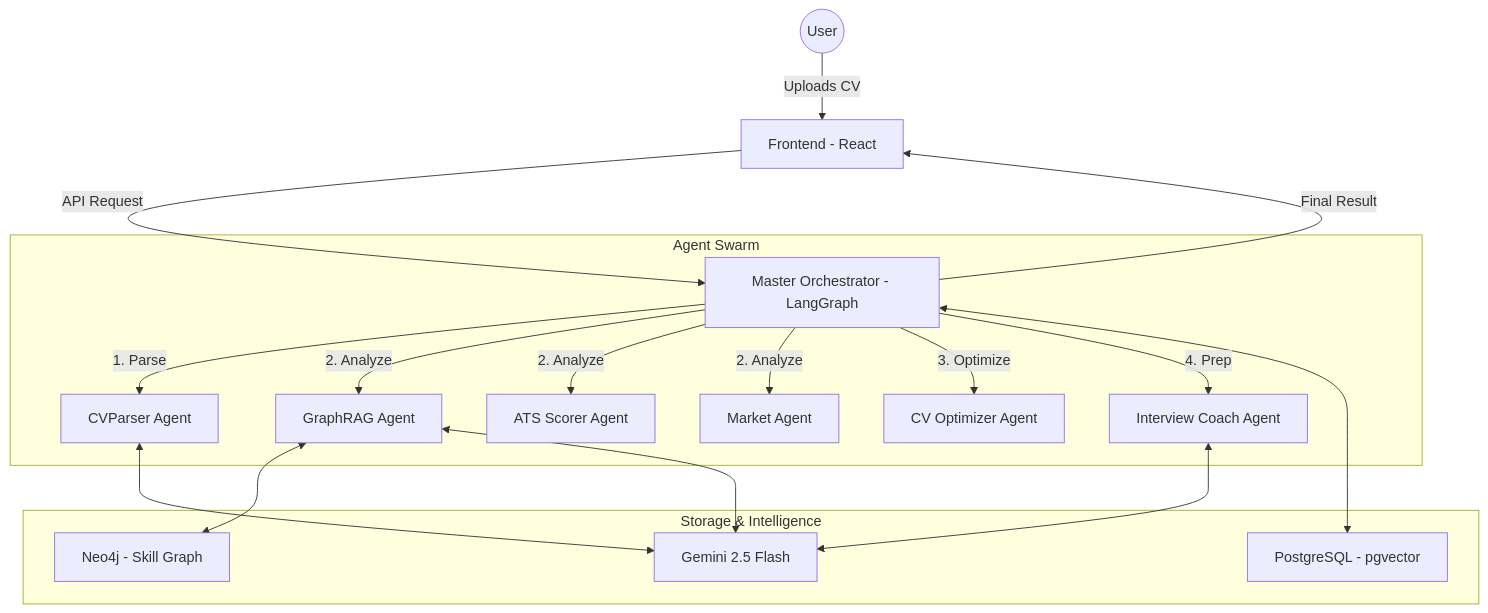
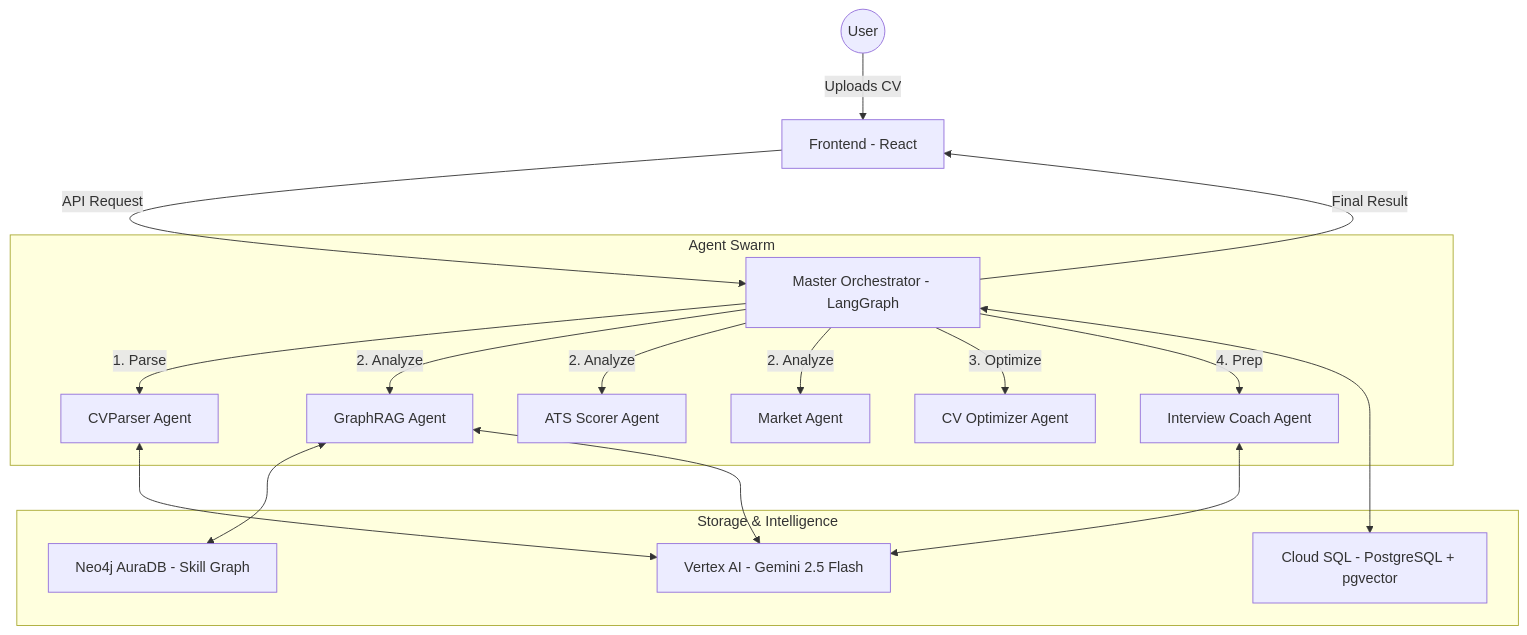
Before and after one commit to jakshiganj/ai-career-partner: the diagram in README.md, drawn with Mermaid. The commit also changed other lines of this file and 1 other file, not shown here.

````diff
--- a/README.md
+++ b/README.md
@@ -44,22 +73,22 @@
 ```mermaid
 graph TD
     User((User)) -->|Uploads CV| FE[Frontend - React]
     FE -->|API Request| ORCH[Master Orchestrator - LangGraph]
     
     subgraph "Agent Swarm"
         ORCH -->|1. Parse| CV[CVParser Agent]
         ORCH -->|2. Analyze| RAG[GraphRAG Agent]
         ORCH -->|2. Analyze| ATS[ATS Scorer Agent]
         ORCH -->|2. Analyze| MKT[Market Agent]
         ORCH -->|3. Optimize| OPT[CV Optimizer Agent]
         ORCH -->|4. Prep| IV[Interview Coach Agent]
     end
     
     subgraph "Storage & Intelligence"
-        RAG <--> NEO[Neo4j - Skill Graph]
-        ORCH <--> PG[PostgreSQL - pgvector]
-        CV & RAG & IV <--> GEM[Gemini 2.5 Flash]
+        RAG <--> NEO[Neo4j AuraDB - Skill Graph]
+        ORCH <--> PG[Cloud SQL - PostgreSQL + pgvector]
+        CV & RAG & IV <--> GEM[Vertex AI - Gemini 2.5 Flash]
     end
     
     ORCH -->|Final Result| FE
 ```
````
